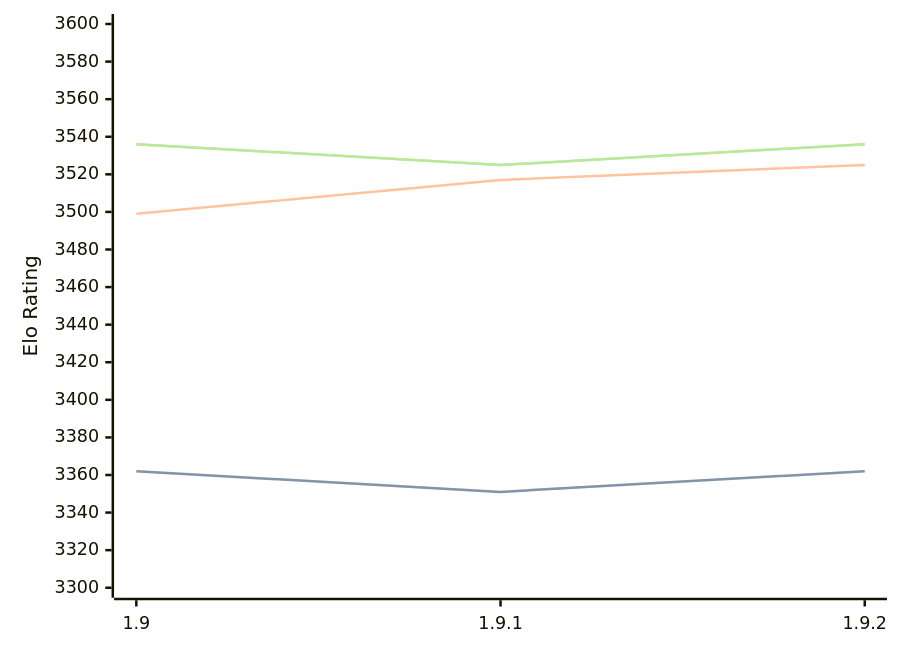
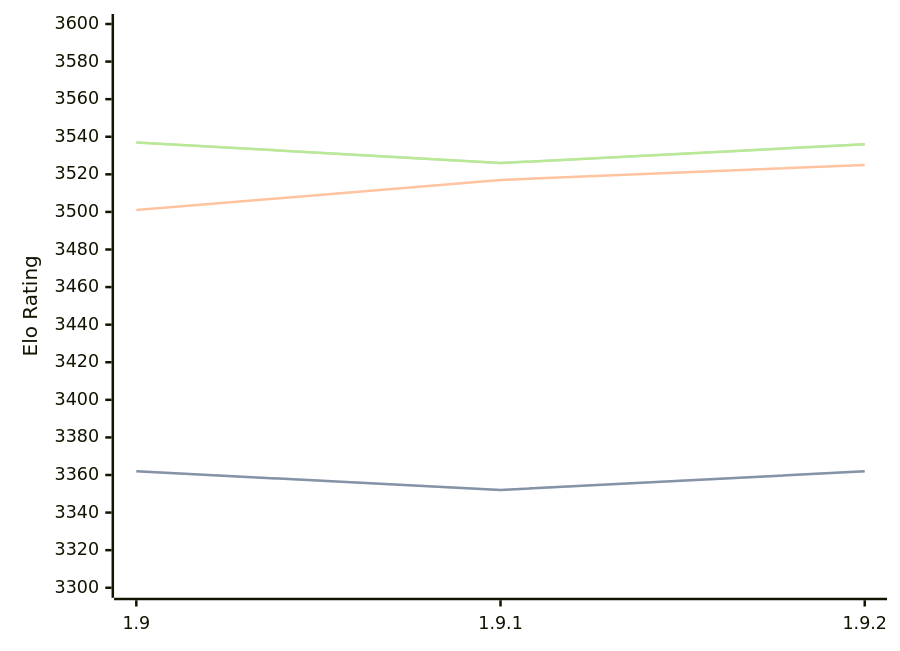
Before and after one commit to computer-chess-index/cci: the third of 3 diagrams in engines/Pawnocchio.md, drawn with Mermaid. The commit also changed other lines of this file, not shown here.

Commit message:
Update CCI Ratings (ELO VLTC) - 2026-06-24

````diff
--- a/engines/Pawnocchio.md
+++ b/engines/Pawnocchio.md
@@ -81,11 +81,11 @@
 ```mermaid
 %%{init: {"theme":"base","themeVariables":{"seriesColors:['#a3a3a3','#222221','#faa371']}}}%%
 xychart-beta
   x-axis ["1.9", "1.9.1", "1.9.2"]
   y-axis "Elo Rating" 3300 --> 3600
-  line "STC (8.0+0.08s)" [3362, 3351, 3362]
-  line "STC (8.0+0.08s)" [3362, 3351, 3362]
-  line "LTC (60.0+0.60s)" [3499, 3517, 3525]
-  line "VLTC (2m24s+1.12s)" [3536, 3525, 3536]
-  line "VLTC (2m24s+1.12s)" [3536, 3525, 3536]
+  line "STC (8.0+0.08s)" [3362, 3352, 3362]
+  line "STC (8.0+0.08s)" [3362, 3352, 3362]
+  line "LTC (60.0+0.60s)" [3501, 3517, 3525]
+  line "VLTC (2m24s+1.12s)" [3537, 3526, 3536]
+  line "VLTC (2m24s+1.12s)" [3537, 3526, 3536]
 ```
````
